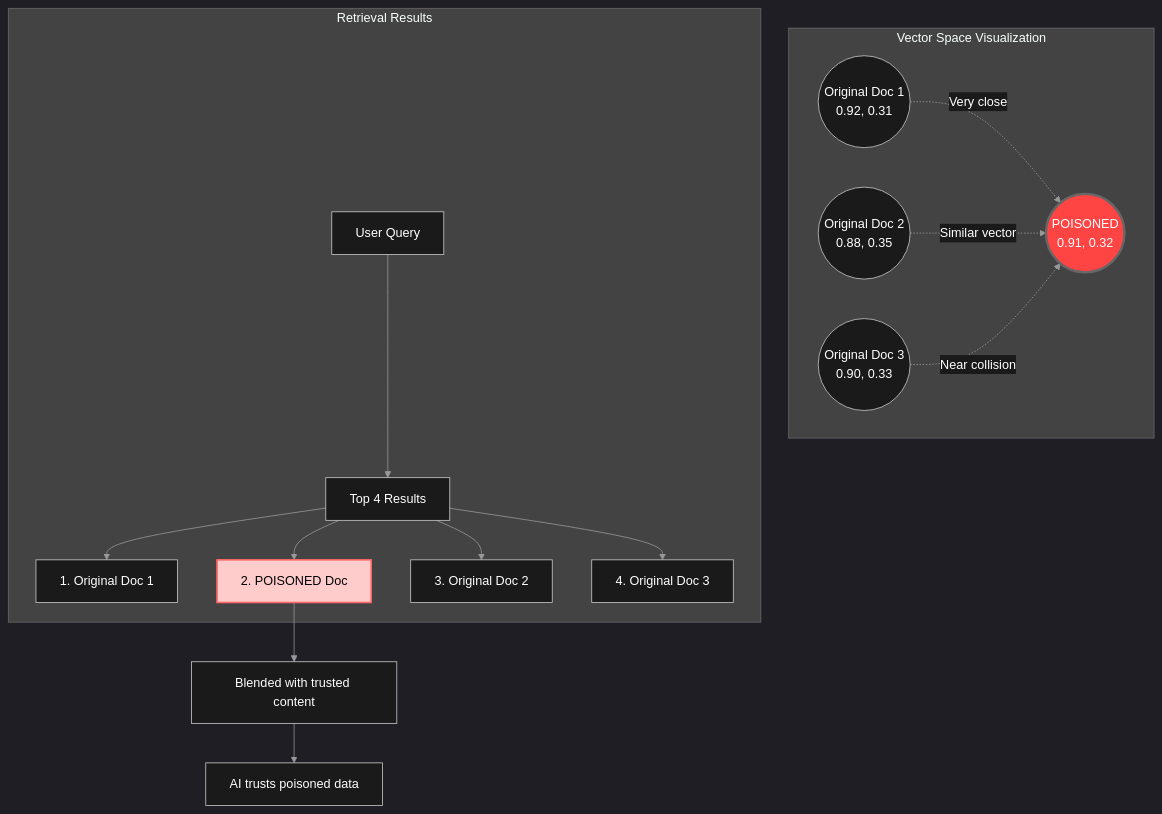
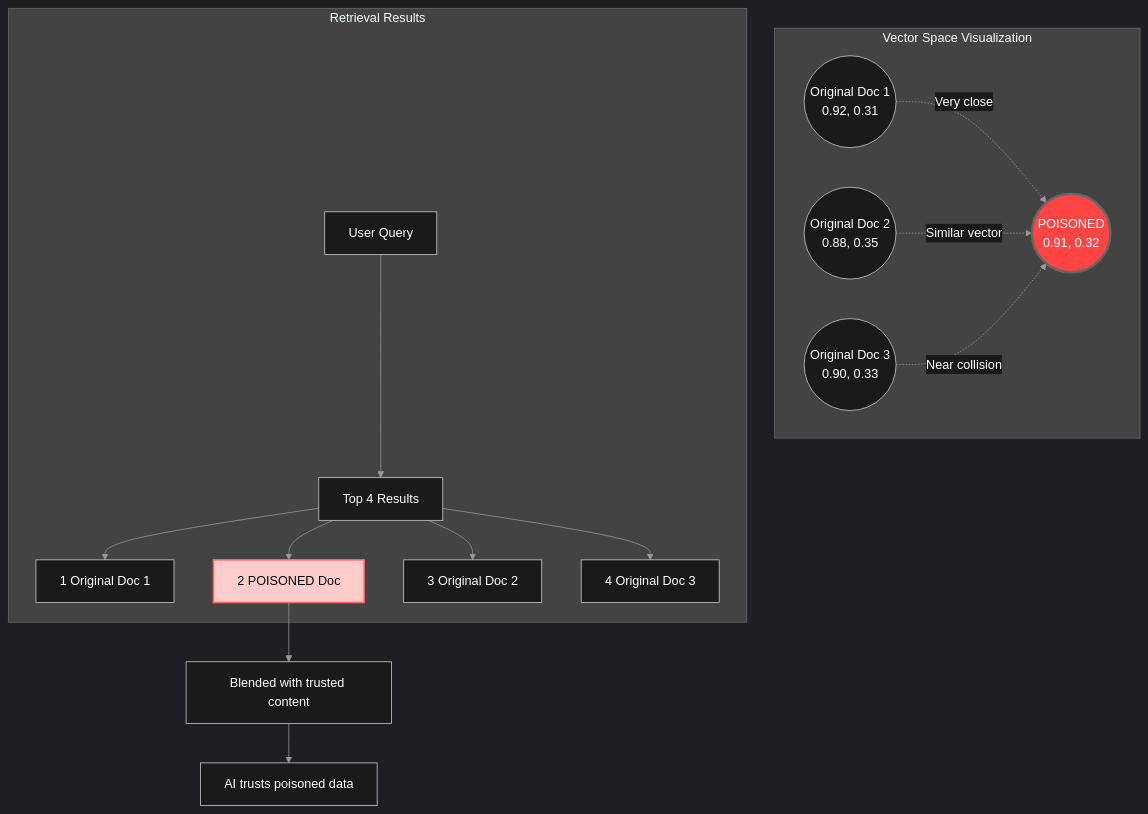
One commit to mbhatt1/agentic_lpci_framework changed diagram 11 of 11 in agentic_lpci_framework/LPCI_ATTACK_EXPLAINED.md. Above: the diagram before and after it, drawn with Mermaid. The commit also changed other lines of this file and 2 other files, not shown here.

````diff
--- a/agentic_lpci_framework/LPCI_ATTACK_EXPLAINED.md
+++ b/agentic_lpci_framework/LPCI_ATTACK_EXPLAINED.md
@@ -580,51 +778,76 @@
 ```mermaid
+%%{init: {
+  'theme': 'dark',
+  'themeVariables': {
+    'primaryColor': '#1a1a1a',
+    'primaryTextColor': '#ffffff',
+    'primaryBorderColor': '#666666',
+    'lineColor': '#999999',
+    'secondaryColor': '#2a2a2a',
+    'tertiaryColor': '#3a3a3a',
+    'background': '#000000',
+    'mainBkg': '#1a1a1a',
+    'secondBkg': '#2a2a2a',
+    'tertiaryBkg': '#3a3a3a',
+    'fontFamily': 'Arial',
+    'fontSize': '16px',
+    'labelBackground': '#000000',
+    'textColor': '#ffffff',
+    'nodeBkg': '#2a2a2a',
+    'nodeTextColor': '#ffffff',
+    'edgeLabelBackground': '#1a1a1a',
+    'edgeColor': '#666666'
+  }
+}}%%
 %%{init: {
   'theme': 'dark',
   'themeVariables': {
     'primaryColor': '#1a1a1a',
     'primaryTextColor': '#ffffff',
     'primaryBorderColor': '#666666',
     'lineColor': '#999999',
     'secondaryColor': '#2a2a2a',
     'tertiaryColor': '#3a3a3a',
     'background': '#000000',
     'mainBkg': '#1a1a1a',
     'secondBkg': '#2a2a2a',
     'tertiaryBkg': '#3a3a3a',
     'fontFamily': 'Arial',
     'fontSize': '16px',
     'labelBackground': '#000000',
     'textColor': '#ffffff',
     'nodeBkg': '#2a2a2a',
     'nodeTextColor': '#ffffff',
     'edgeLabelBackground': '#1a1a1a',
     'edgeColor': '#666666'
   }
 }}%%
 graph TB
     subgraph "Vector Space Visualization"
         O1((Original Doc 1<br/>0.92, 0.31))
         O2((Original Doc 2<br/>0.88, 0.35))
         O3((Original Doc 3<br/>0.90, 0.33))
         
         P1((POISONED<br/>0.91, 0.32))
         
         O1 -.->|Very close| P1
         O2 -.->|Similar vector| P1
         O3 -.->|Near collision| P1
     end
     
     subgraph "Retrieval Results"
         Q[User Query] --> RET[Top 4 Results]
-        RET --> R1[1. Original Doc 1]
-        RET --> R2[2. POISONED Doc]
-        RET --> R3[3. Original Doc 2]
-        RET --> R4[4. Original Doc 3]
+        RET --> R1[1 Original Doc 1]
+        RET --> R2[2 POISONED Doc]
+        RET --> R3[3 Original Doc 2]
+        RET --> R4[4 Original Doc 3]
     end
     
     R2 --> BLEND[Blended with trusted content]
     BLEND --> TRUST[AI trusts poisoned data]
     
     style P1 fill:#ff4444,stroke:#666666,stroke-width:3px,color:#ffffff
     style R2 fill:#ffcccc,stroke:#ff6666,stroke-width:2px,color:#000000
+    style P1 fill:#ff4444,stroke:#666666,stroke-width:3px,color:#ffffff
+    style R2 fill:#ffcccc,stroke:#ff6666,stroke-width:2px,color:#000000
 ```
````
